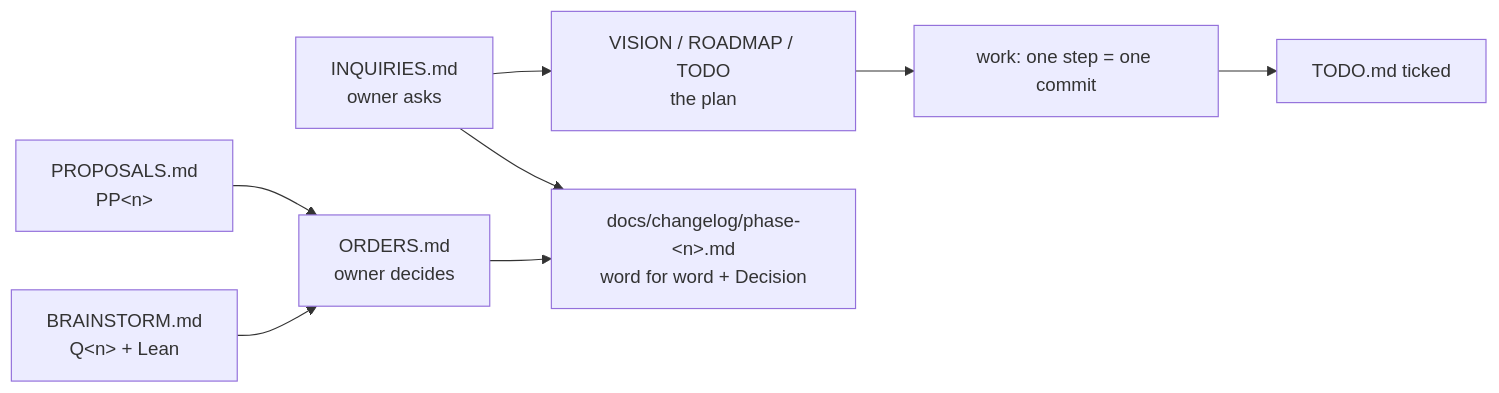
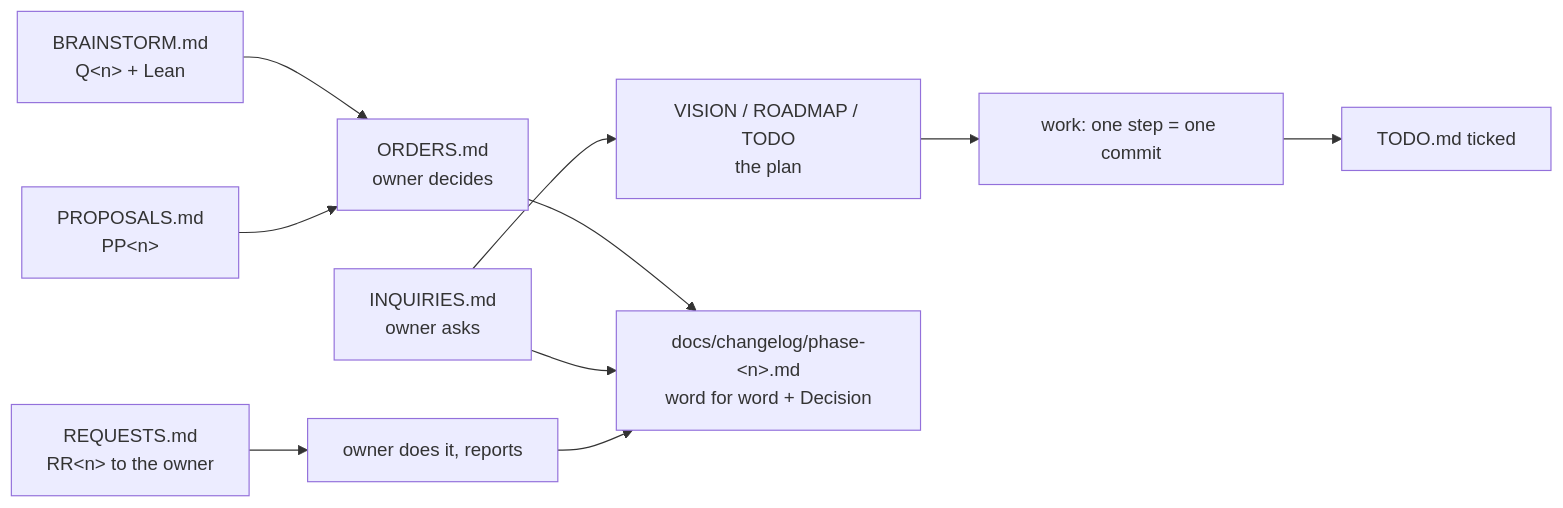
The diagram in docs/devlog/README.md (radiokociamuzyka/save-my-chat), drawn with Mermaid before and after one commit. The commit also changed other lines of this file and 6 other files, not shown here.

````diff
--- a/docs/devlog/README.md
+++ b/docs/devlog/README.md
@@ -23,10 +24,12 @@
 ```mermaid
 flowchart LR
   Q[BRAINSTORM.md<br/>Q&lt;n&gt; + Lean] --> O[ORDERS.md<br/>owner decides]
   R[PROPOSALS.md<br/>PP&lt;n&gt;] --> O
   I[INQUIRIES.md<br/>owner asks] --> P[VISION / ROADMAP / TODO<br/>the plan]
   O --> C[docs/changelog/phase-&lt;n&gt;.md<br/>word for word + Decision]
   I --> C
+  RR[REQUESTS.md<br/>RR&lt;n&gt; to the owner] --> D[owner does it, reports]
+  D --> C
   P --> W[work: one step = one commit]
   W --> T[TODO.md ticked]
 ```
````
